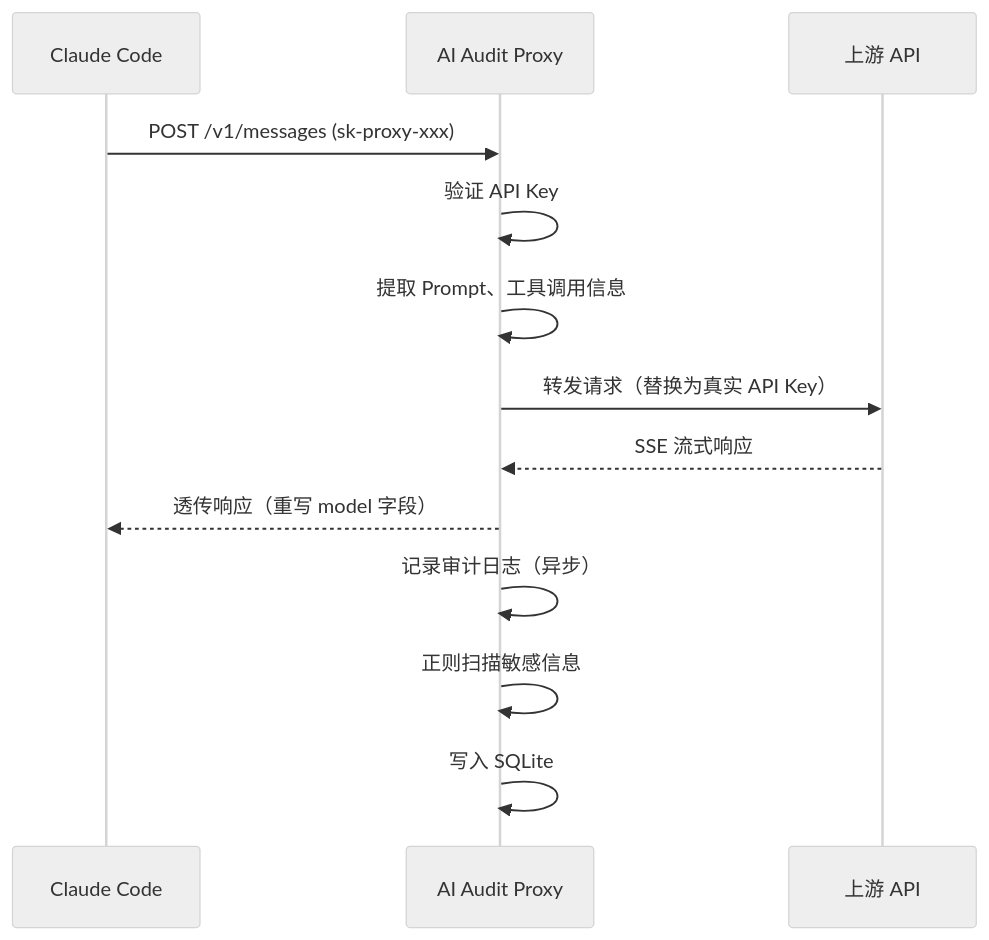
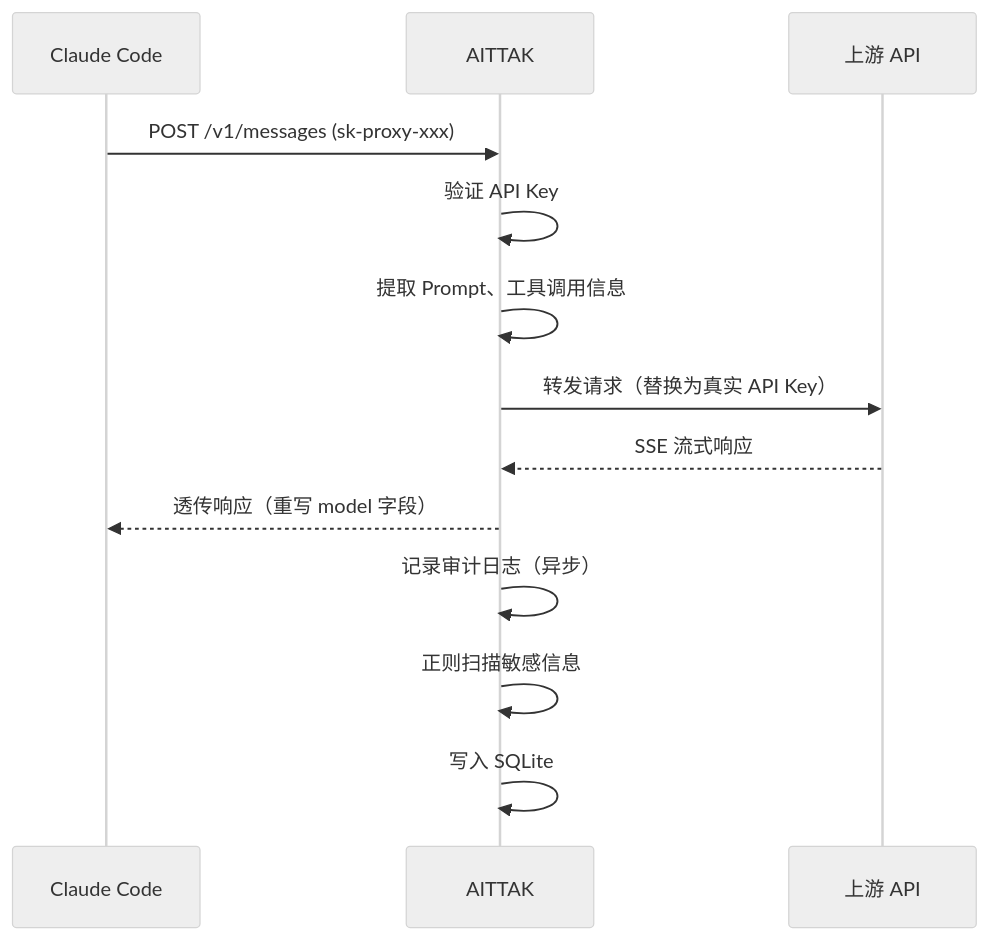
Before and after one commit to KaGty1/AITTAK: the first of 2 diagrams in README.md, drawn with Mermaid (neutral theme). The commit also changed other lines of this file, not shown here.

````diff
--- a/README.md
+++ b/README.md
@@ -24,16 +24,16 @@
 ```mermaid
 sequenceDiagram
     participant Client as Claude Code
-    participant Proxy as AI Audit Proxy
+    participant Proxy as AITTAK
     participant Upstream as 上游 API
 
     Client->>Proxy: POST /v1/messages (sk-proxy-xxx)
     Proxy->>Proxy: 验证 API Key
     Proxy->>Proxy: 提取 Prompt、工具调用信息
     Proxy->>Upstream: 转发请求（替换为真实 API Key）
     Upstream-->>Proxy: SSE 流式响应
     Proxy-->>Client: 透传响应（重写 model 字段）
     Proxy->>Proxy: 记录审计日志（异步）
     Proxy->>Proxy: 正则扫描敏感信息
     Proxy->>Proxy: 写入 SQLite
 ```
````
